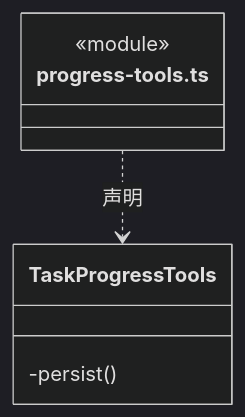
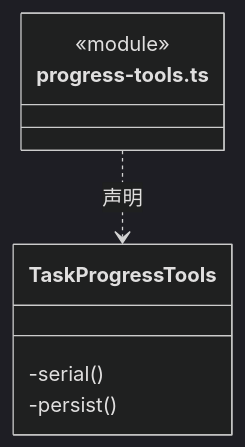
Before and after one commit to nan023062/cbim: diagram 24 of 46 in src/logic/evidence/rules/ARCHITECTURE.md, drawn with Mermaid (dark theme). The commit also changed other lines of this file and 139 other files, not shown here.

Commit message:
docs(architecture): add source reading paths and complete file inventories

````diff
--- a/src/logic/evidence/rules/ARCHITECTURE.md
+++ b/src/logic/evidence/rules/ARCHITECTURE.md
@@ -514,10 +520,11 @@
 ```mermaid
 classDiagram
 class N_src_logic_evidence_rules_progress_tools_ts["progress-tools.ts"] {
   <<module>>
 }
 class N_src_logic_evidence_rules_progress_tools_ts_TaskProgressTools["TaskProgressTools"] {
+  -serial()
   -persist()
 }
 N_src_logic_evidence_rules_progress_tools_ts ..> N_src_logic_evidence_rules_progress_tools_ts_TaskProgressTools : 声明
 ```
````
